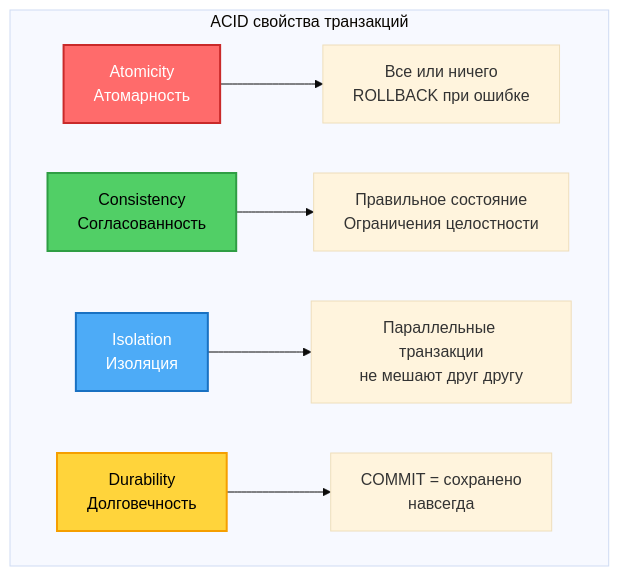
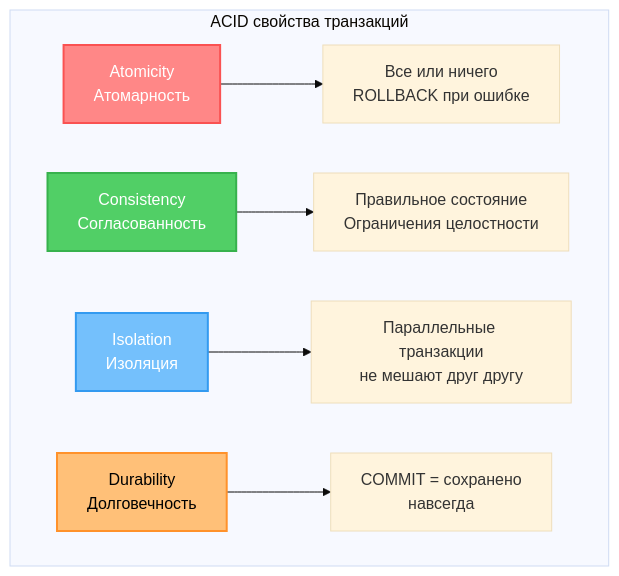
The eighth of 23 diagrams in db_exam.md (alx314vo/db_exam), drawn with Mermaid (base theme) before and after one commit. The commit also changed other lines of this file, not shown here.

````diff
--- a/db_exam.md
+++ b/db_exam.md
@@ -439,14 +439,14 @@
 ```mermaid
 graph TB
     subgraph "ACID свойства транзакций"
         A[Atomicity<br/>Атомарность] --> A1[Все или ничего<br/>ROLLBACK при ошибке]
         C[Consistency<br/>Согласованность] --> C1[Правильное состояние<br/>Ограничения целостности]
         I[Isolation<br/>Изоляция] --> I1[Параллельные транзакции<br/>не мешают друг другу]
         D[Durability<br/>Долговечность] --> D1[COMMIT = сохранено<br/>навсегда]
     end
     
-    style A fill:#ff6b6b,stroke:#c92a2a,stroke-width:2px,color:#fff
-    style C fill:#51cf66,stroke:#2f9e44,stroke-width:2px,color:#000
-    style I fill:#4dabf7,stroke:#1971c2,stroke-width:2px,color:#fff
-    style D fill:#ffd43b,stroke:#f59f00,stroke-width:2px,color:#000
+    style A fill:#ff8787,stroke:#fa5252,stroke-width:2px,color:#fff
+    style C fill:#51cf66,stroke:#37b24d,stroke-width:2px,color:#fff
+    style I fill:#74c0fc,stroke:#339af0,stroke-width:2px,color:#fff
+    style D fill:#ffc078,stroke:#ff922b,stroke-width:2px,color:#000
 ```
````
